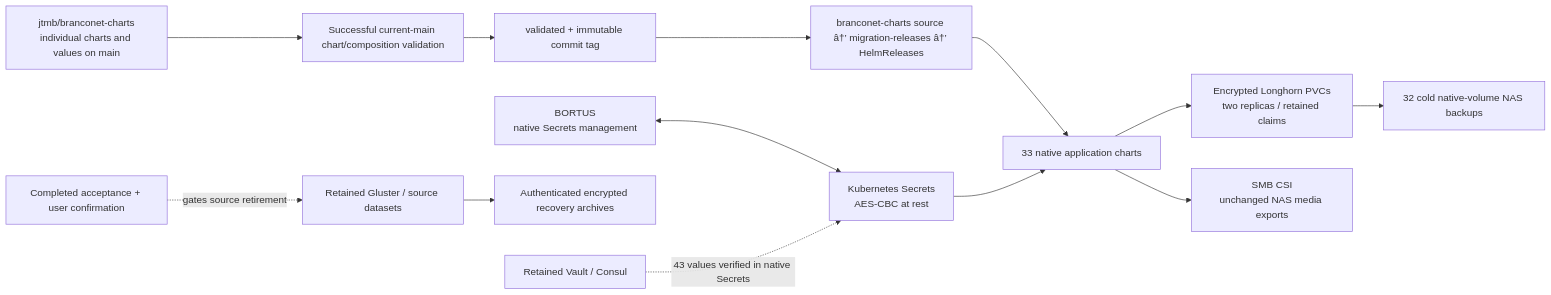
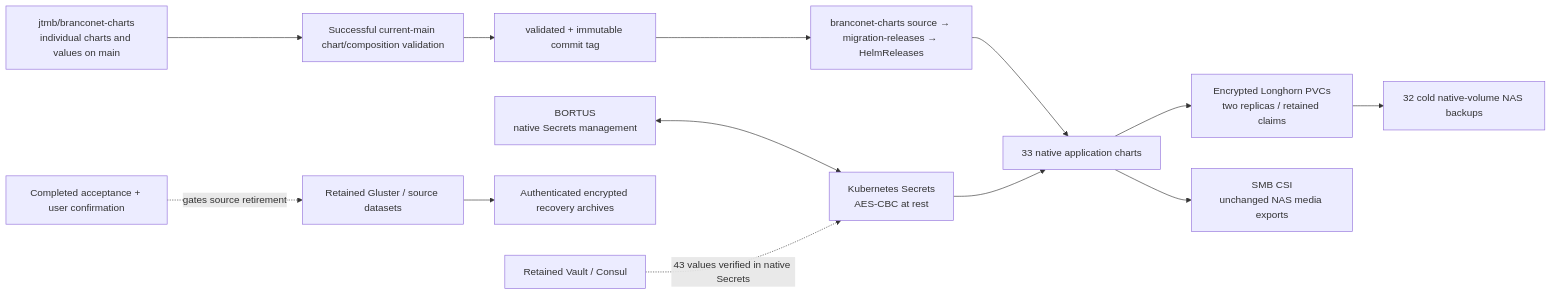
Before and after one commit to jtmb/branconet-homelab: the fourth of 4 diagrams in PLAN.md, drawn with Mermaid. The commit also changed other lines of this file and 1 other file, not shown here.

````diff
--- a/PLAN.md
+++ b/PLAN.md
@@ -239,14 +239,14 @@
 ```mermaid
 flowchart LR
     Repo["jtmb/branconet-charts<br/>individual charts and values on main"] --> CI["Successful current-main chart/composition validation"]
-    CI --> Branch["validated + immutable commit tag"] --> Flux["branconet-charts source â†’ migration-releases â†’ HelmReleases"]
+    CI --> Branch["validated + immutable commit tag"] --> Flux["branconet-charts source → migration-releases → HelmReleases"]
     Flux --> Apps["33 native application charts"]
     Native["Kubernetes Secrets<br/>AES-CBC at rest"] --> Apps
     Bortus["BORTUS<br/>native Secrets management"] <--> Native
     Apps --> State["Encrypted Longhorn PVCs<br/>two replicas / retained claims"]
     Apps --> Media["SMB CSI<br/>unchanged NAS media exports"]
     State --> NAS["32 cold native-volume NAS backups"]
     Old["Retained Gluster / source datasets"] --> Archive["Authenticated encrypted recovery archives"]
     Vault["Retained Vault / Consul"] -. "43 values verified in native Secrets" .-> Native
     Approval["Completed acceptance + user confirmation"] -. "gates source retirement" .-> Old
 ```
````
